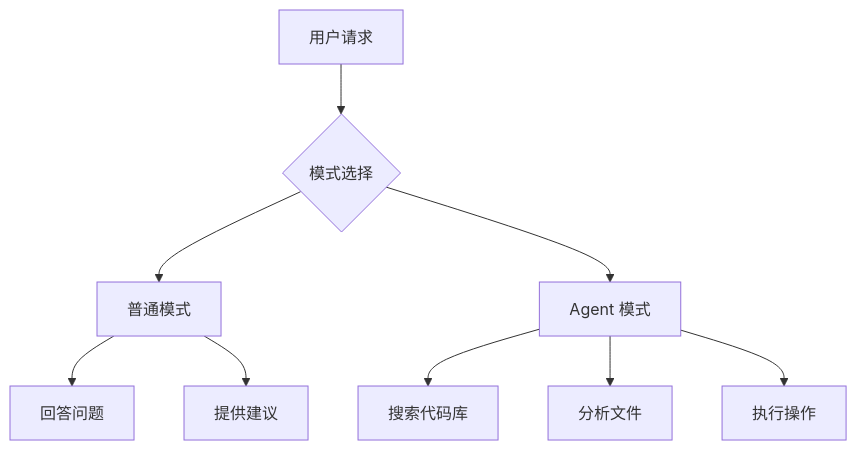
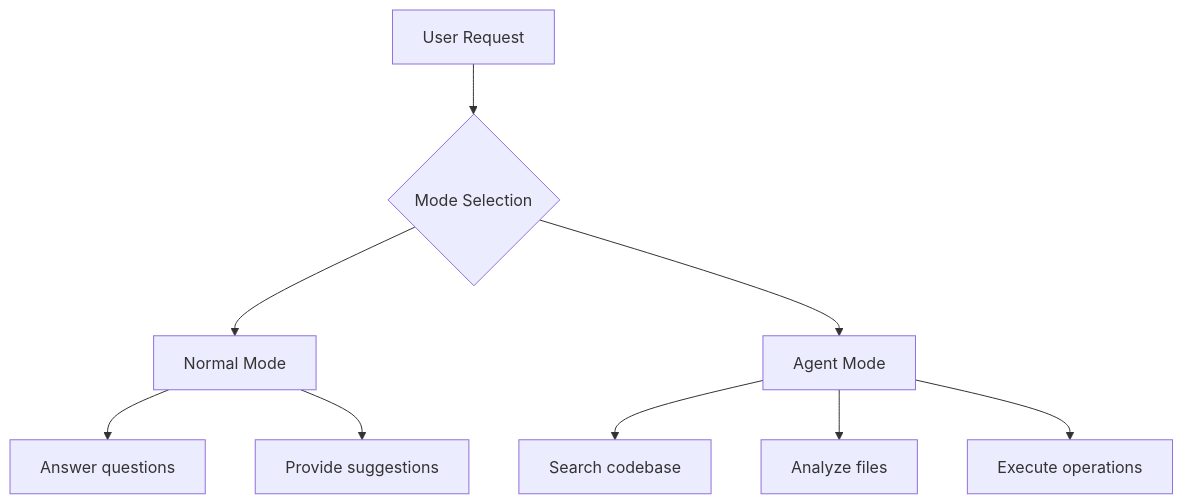
Before and after one commit to DDR187/cursor-howto: the third of 3 diagrams in 04-chat/README.md, drawn with Mermaid. The commit also changed other lines of this file and 22 other files, not shown here.

````diff
--- a/04-chat/README.md
+++ b/04-chat/README.md
@@ -146,13 +146,13 @@
 ```mermaid
 flowchart TB
-    A[用户请求] --> B{模式选择}
-    B --> C[普通模式]
-    B --> D[Agent 模式]
+    A[User Request] --> B{Mode Selection}
+    B --> C[Normal Mode]
+    B --> D[Agent Mode]
     
-    C --> E[回答问题]
-    C --> F[提供建议]
+    C --> E[Answer questions]
+    C --> F[Provide suggestions]
     
-    D --> G[搜索代码库]
-    D --> H[分析文件]
-    D --> I[执行操作]
+    D --> G[Search codebase]
+    D --> H[Analyze files]
+    D --> I[Execute operations]
 ```
````
